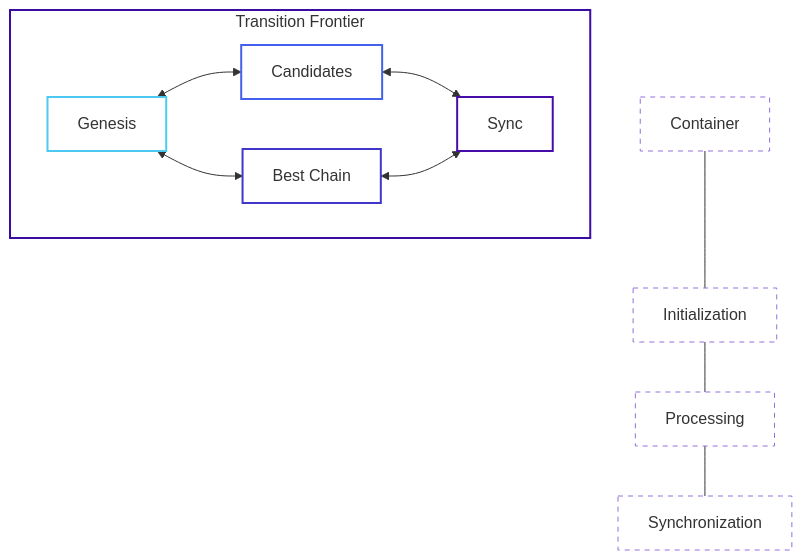
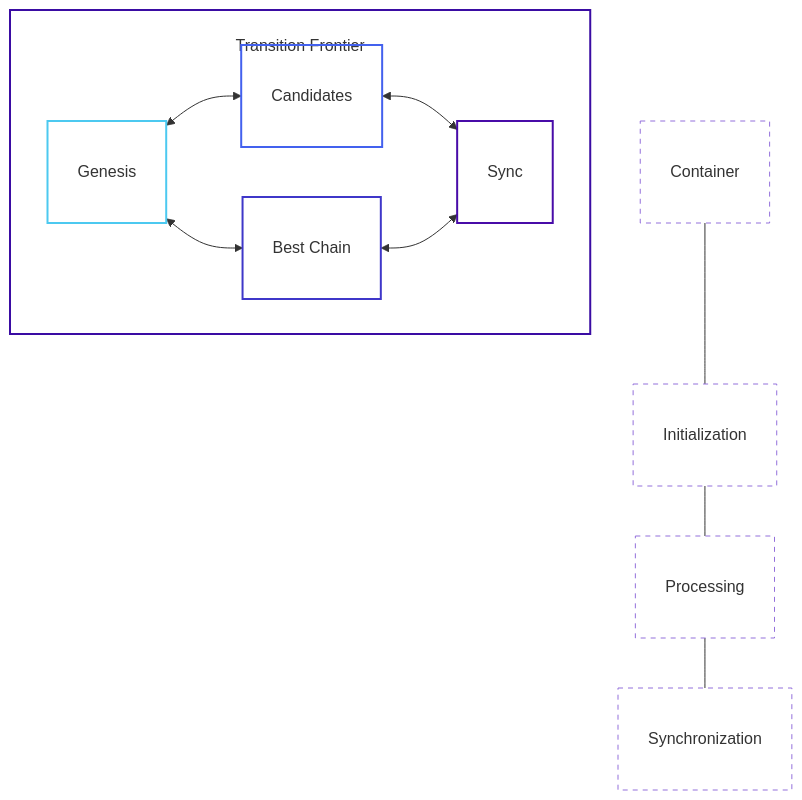
Before and after one commit to openmina/openmina: the diagram in llm-docs-v2/components/transition-frontier/README.md, drawn with Mermaid. The commit also changed other lines of this file and 11 other files, not shown here.

````diff
--- a/llm-docs-v2/components/transition-frontier/README.md
+++ b/llm-docs-v2/components/transition-frontier/README.md
@@ -16,26 +16,26 @@
 ```mermaid
 graph TD
     subgraph TransitionFrontier["Transition Frontier"]
         Genesis["Genesis"] <--> Candidates["Candidates"]
         Genesis <--> BestChain["Best Chain"]
         Candidates <--> Sync["Sync"]
         BestChain <--> Sync
     end
-    
+
     %% Legend
     L1["Container"] --- L2["Initialization"] --- L3["Processing"] --- L4["Synchronization"]
-    
-    classDef tfClass stroke:#3a0ca3,stroke-width:2px,fill:none;
-    classDef genesisClass stroke:#4cc9f0,stroke-width:2px,fill:none;
-    classDef candidatesClass stroke:#4361ee,stroke-width:2px,fill:none;
-    classDef bestChainClass stroke:#3f37c9,stroke-width:2px,fill:none;
-    classDef syncClass stroke:#480ca8,stroke-width:2px,fill:none;
-    classDef legend stroke-dasharray: 5 5, fill:none;
-    
+
+    classDef tfClass stroke:#3a0ca3,stroke-width:2px,fill:none,padding:15px,margin:10px;
+    classDef genesisClass stroke:#4cc9f0,stroke-width:2px,fill:none,padding:15px,margin:10px;
+    classDef candidatesClass stroke:#4361ee,stroke-width:2px,fill:none,padding:15px,margin:10px;
+    classDef bestChainClass stroke:#3f37c9,stroke-width:2px,fill:none,padding:15px,margin:10px;
+    classDef syncClass stroke:#480ca8,stroke-width:2px,fill:none,padding:15px,margin:10px;
+    classDef legend stroke-dasharray: 5 5, fill:none,padding:15px,margin:10px;
+
     class TransitionFrontier tfClass;
     class Genesis genesisClass;
     class Candidates candidatesClass;
     class BestChain bestChainClass;
     class Sync syncClass;
     class L1,L2,L3,L4 legend;
 ```
````
